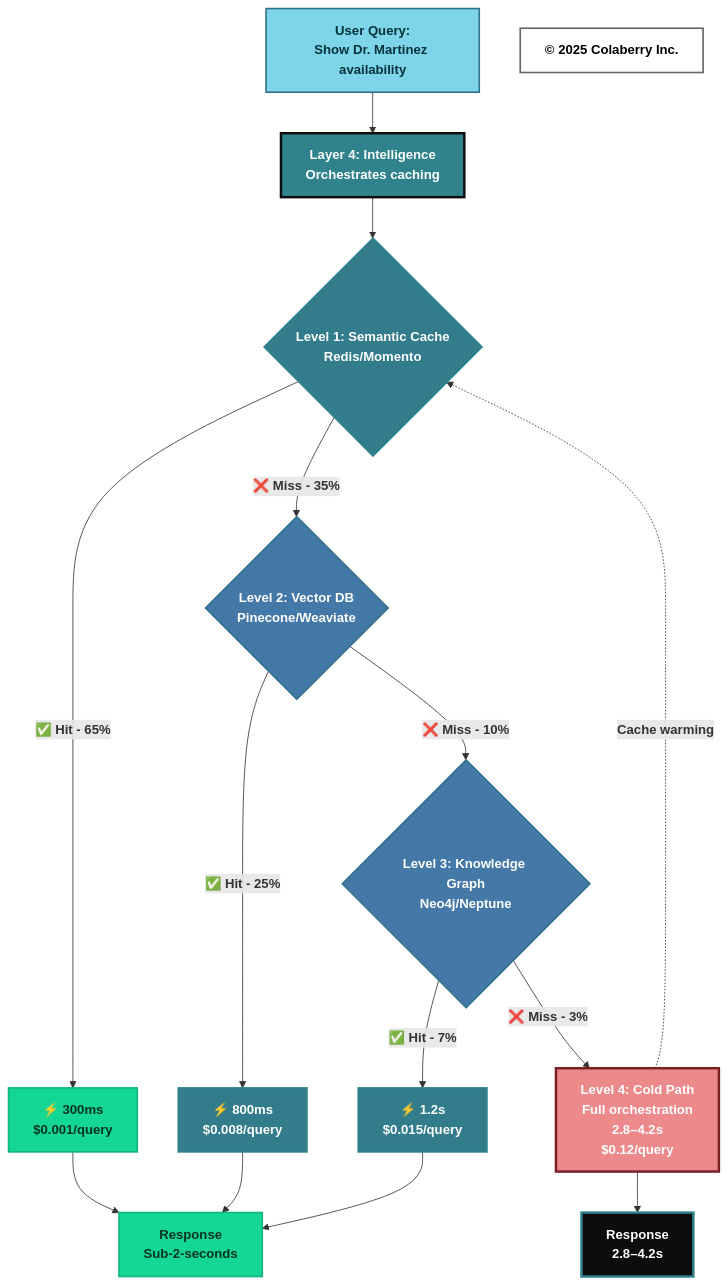
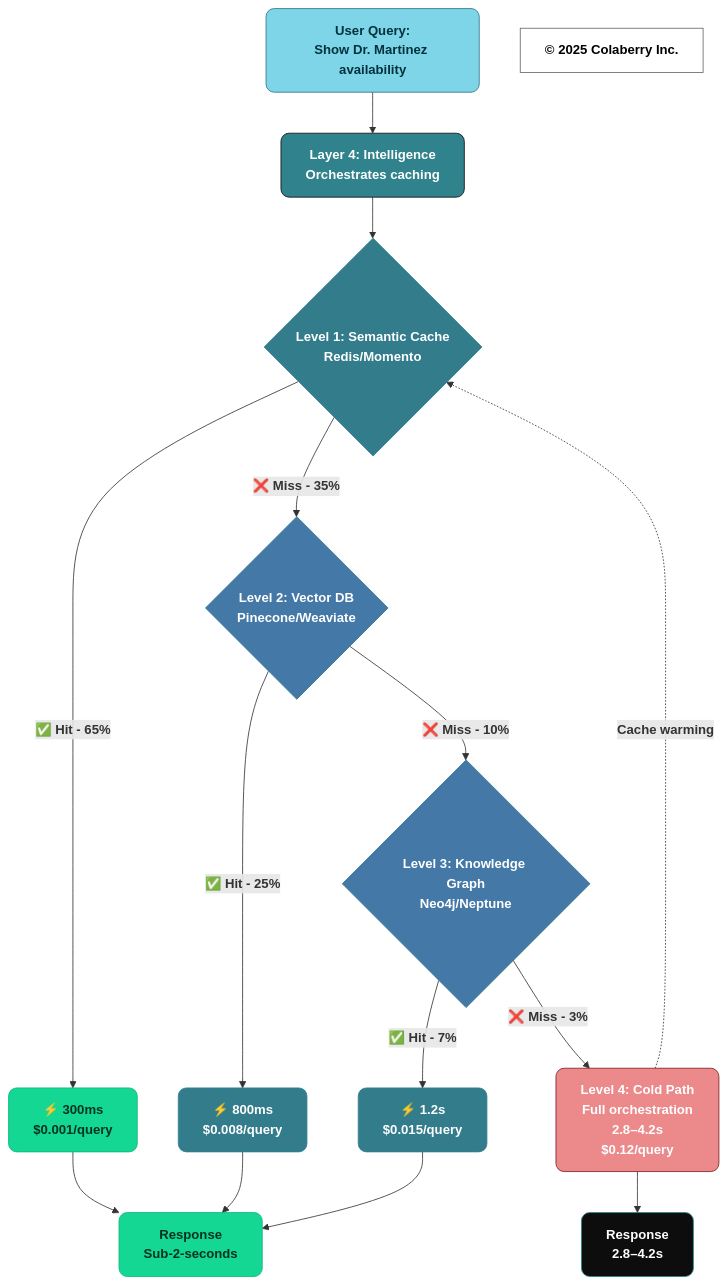
The ninth of 14 diagrams in manuscript/08_chapter_7_goals_framework.md (colaberry/trust-before-intelligence-book), drawn with Mermaid before and after one commit. The commit also changed other lines of this file and 12 other files, not shown here.

````diff
--- a/manuscript/08_chapter_7_goals_framework.md
+++ b/manuscript/08_chapter_7_goals_framework.md
@@ -1110,45 +1110,45 @@
 ```mermaid
 graph TD
     Q["<b>User Query:</b><br/><b>Show Dr. Martinez availability</b>"]
     
     Q --> L4["<b>Layer 4: Intelligence</b><br/><b>Orchestrates caching</b>"]
     
     L4 --> L1{"<b>Level 1: Semantic Cache</b><br/><b>Redis/Momento</b>"}
     
     L1 -->|<b>✅ Hit - 65%</b>| C1["<b>⚡ 300ms</b><br/><b>$0.001/query</b>"]
     
     L1 -->|<b>❌ Miss - 35%</b>| L2{"<b>Level 2: Vector DB</b><br/><b>Pinecone/Weaviate</b>"}
     
     L2 -->|<b>✅ Hit - 25%</b>| C2["<b>⚡ 800ms</b><br/><b>$0.008/query</b>"]
     
     L2 -->|<b>❌ Miss - 10%</b>| L3{"<b>Level 3: Knowledge Graph</b><br/><b>Neo4j/Neptune</b>"}
     
     L3 -->|<b>✅ Hit - 7%</b>| C3["<b>⚡ 1.2s</b><br/><b>$0.015/query</b>"]
     
     L3 -->|<b>❌ Miss - 3%</b>| COLD["<b>Level 4: Cold Path</b><br/><b>Full orchestration</b><br/><b>2.8–4.2s</b><br/><b>$0.12/query</b>"]
     
     C1 --> R["<b>Response</b><br/><b>Sub-2-seconds</b>"]
     C2 --> R
     C3 --> R
     COLD --> SLOW["<b>Response</b><br/><b>2.8–4.2s</b>"]
     
     COLD -.->|<b>Cache warming</b>| L1
     
-    style Q fill:#7FD5E8,stroke:#32738C,stroke-width:2px,color:#00323D
-    style L4 fill:#30838C,stroke:#0D0D0D,stroke-width:3px,color:#ffffff
+    style Q fill:#7FD5E8,stroke:#32738C,stroke-width:1px,color:#00323D,rx:10,ry:10
+    style L4 fill:#30838C,stroke:#0D0D0D,stroke-width:1px,color:#ffffff,rx:10,ry:10
     
-    style L1 fill:#327C8C,stroke:#30838C,stroke-width:2px,color:#ffffff
-    style L2 fill:#4478A6,stroke:#32738C,stroke-width:2px,color:#ffffff
-    style L3 fill:#4478A6,stroke:#32738C,stroke-width:2px,color:#ffffff
+    style L1 fill:#327C8C,stroke:#30838C,stroke-width:1px,color:#ffffff,rx:10,ry:10
+    style L2 fill:#4478A6,stroke:#32738C,stroke-width:1px,color:#ffffff,rx:10,ry:10
+    style L3 fill:#4478A6,stroke:#32738C,stroke-width:1px,color:#ffffff,rx:10,ry:10
     
-    style C1 fill:#14D793,stroke:#0FB67D,stroke-width:2px,color:#003322
-    style C2 fill:#327C8C,stroke:#30838C,stroke-width:2px,color:#ffffff
-    style C3 fill:#327C8C,stroke:#30838C,stroke-width:2px,color:#ffffff
+    style C1 fill:#14D793,stroke:#0FB67D,stroke-width:1px,color:#003322,rx:10,ry:10
+    style C2 fill:#327C8C,stroke:#30838C,stroke-width:1px,color:#ffffff,rx:10,ry:10
+    style C3 fill:#327C8C,stroke:#30838C,stroke-width:1px,color:#ffffff,rx:10,ry:10
     
-    style COLD fill:#EB898B,stroke:#7A1F22,stroke-width:3px,color:#ffffff
-    style R fill:#14D793,stroke:#0FB67D,stroke-width:2px,color:#003322
-    style SLOW fill:#0D0D0D,stroke:#30838C,stroke-width:3px,color:#ffffff
+    style COLD fill:#EB898B,stroke:#7A1F22,stroke-width:1px,color:#ffffff,rx:10,ry:10
+    style R fill:#14D793,stroke:#0FB67D,stroke-width:1px,color:#003322,rx:10,ry:10
+    style SLOW fill:#0D0D0D,stroke:#30838C,stroke-width:1px,color:#ffffff,rx:10,ry:10
     
     Copyright["<b>© 2025 Colaberry Inc.</b>"]
-    style Copyright fill:#ffffff,stroke:#666666,stroke-width:2px,color:#000000
+    style Copyright fill:none,stroke:#666666,stroke-width:1px,color:#000000
 ```
````
